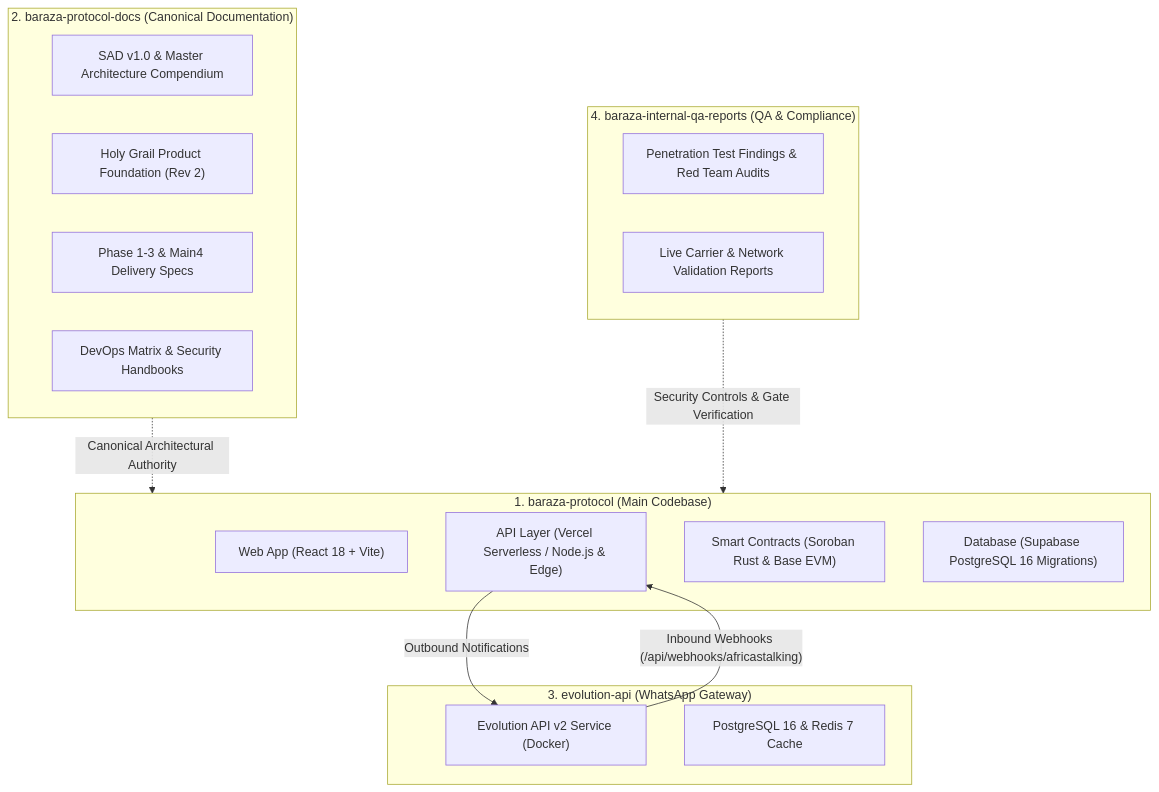
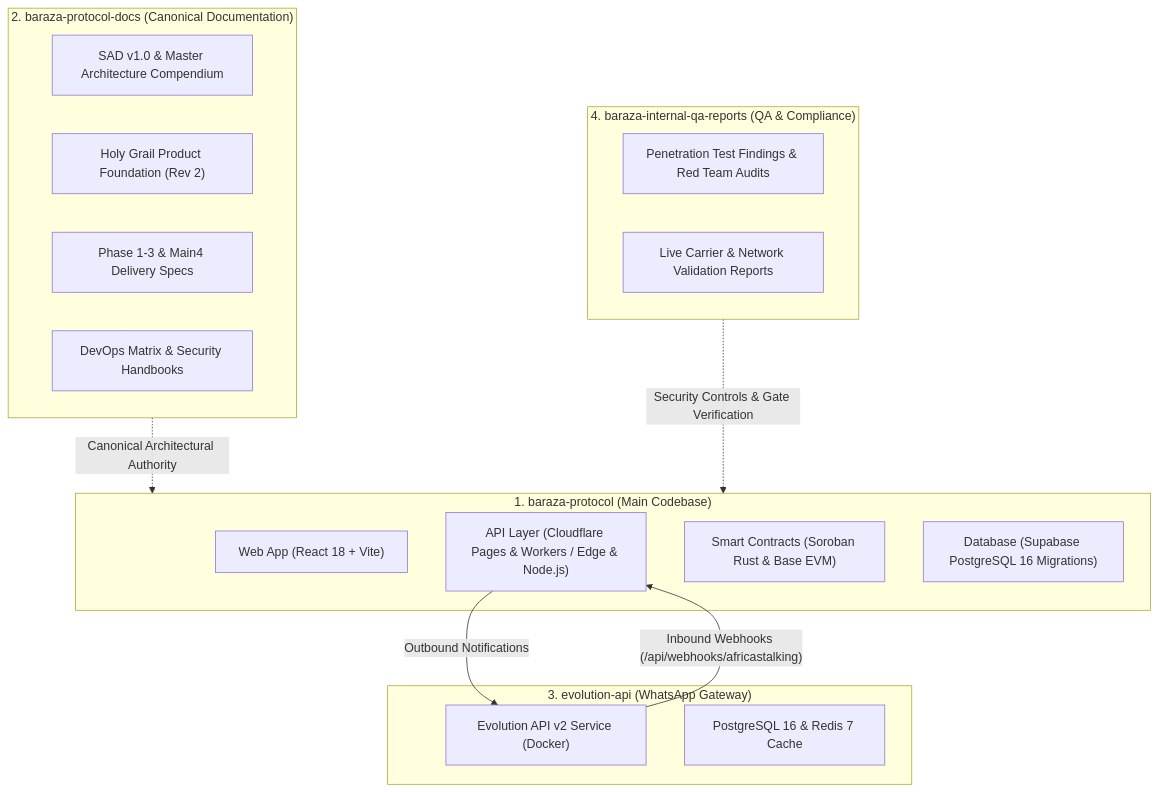
The first of 2 diagrams in README.md (Azizudinly/baraza-protocol), drawn with Mermaid before and after one commit. The commit also changed other lines of this file and 75 other files, not shown here.

````diff
--- a/README.md
+++ b/README.md
@@ -22,32 +22,32 @@
 ```mermaid
 flowchart TD
     subgraph Repo1 ["1. baraza-protocol (Main Codebase)"]
         UI["Web App (React 18 + Vite)"]
-        API["API Layer (Vercel Serverless / Node.js & Edge)"]
+        API["API Layer (Cloudflare Pages & Workers / Edge & Node.js)"]
         Contracts["Smart Contracts (Soroban Rust & Base EVM)"]
         DB["Database (Supabase PostgreSQL 16 Migrations)"]
     end
 
     subgraph Repo2 ["2. baraza-protocol-docs (Canonical Documentation)"]
         Arch["SAD v1.0 & Master Architecture Compendium"]
         HG["Holy Grail Product Foundation (Rev 2)"]
         Specs["Phase 1-3 & Main4 Delivery Specs"]
         DevOps["DevOps Matrix & Security Handbooks"]
     end
 
     subgraph Repo3 ["3. evolution-api (WhatsApp Gateway)"]
         EvoService["Evolution API v2 Service (Docker)"]
         EvoDB["PostgreSQL 16 & Redis 7 Cache"]
     end
 
     subgraph Repo4 ["4. baraza-internal-qa-reports (QA & Compliance)"]
         QAReports["Penetration Test Findings & Red Team Audits"]
         DevOpsValid["Live Carrier & Network Validation Reports"]
     end
 
     %% Interactions
     Repo2 -. "Canonical Architectural Authority" .-> Repo1
     EvoService -- "Inbound Webhooks (/api/webhooks/africastalking)" --> API
     API -- "Outbound Notifications" --> EvoService
     Repo4 -. "Security Controls & Gate Verification" .-> Repo1
 ```
````
